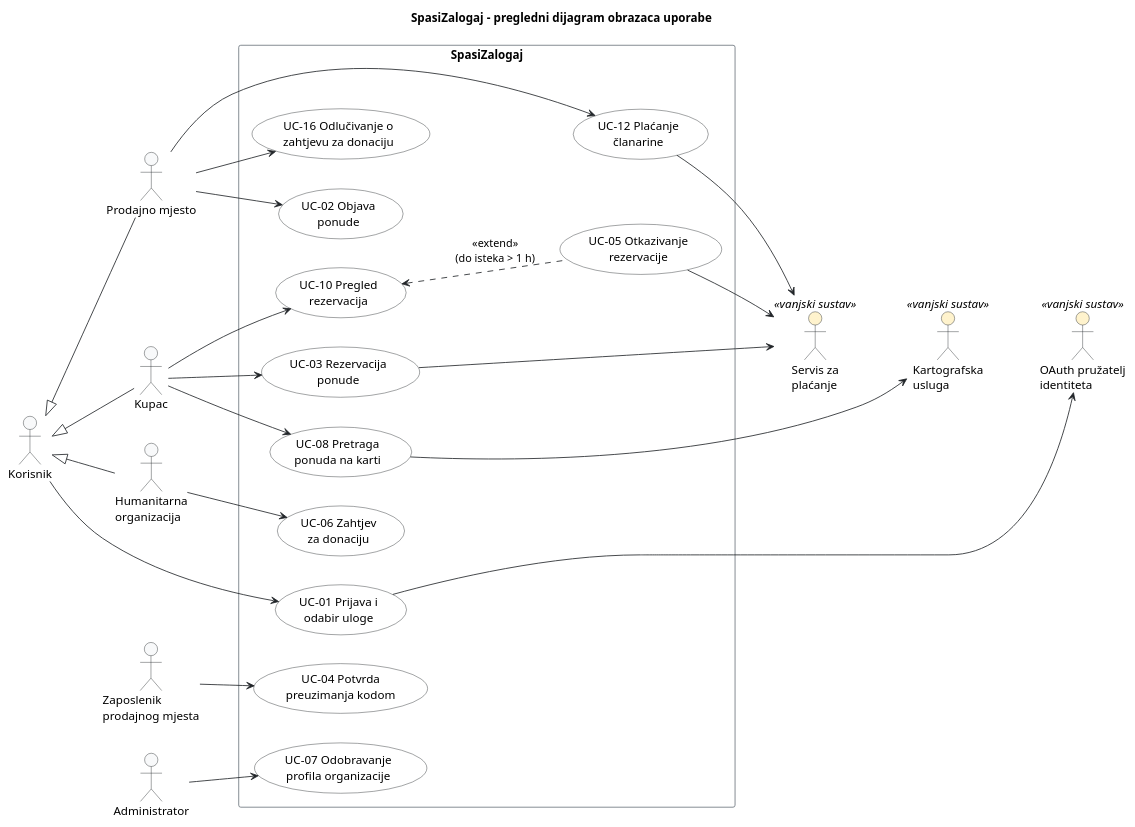
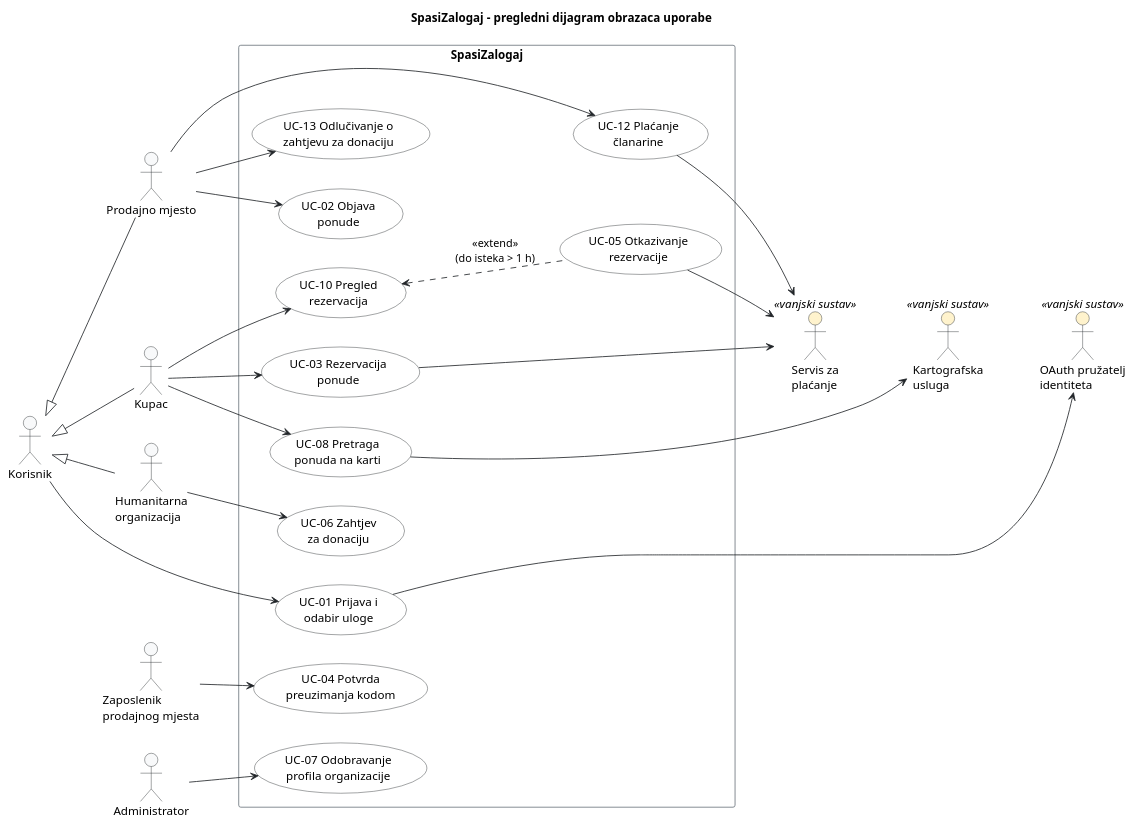
Before and after one commit to frenki1004/Menzory: the diagram in docs/puml/3-1-spasizalogaj-system-UC.puml, drawn with PlantUML. The commit also changed other lines of this file and 5 other files, not shown here.

```diff
--- a/docs/puml/3-1-spasizalogaj-system-UC.puml
+++ b/docs/puml/3-1-spasizalogaj-system-UC.puml
@@ -14,90 +14,90 @@
 @startuml
 title SpasiZalogaj – pregledni dijagram obrazaca uporabe
 left to right direction
 
 skinparam shadowing false
 skinparam defaultFontName Arial
 skinparam ArrowColor #212529
 
 skinparam actor {
     BackgroundColor #F8F9FA
     BorderColor #212529
     BackgroundColor<<vanjski sustav>> #FFF3CD
 }
 skinparam usecase {
     BackgroundColor #FFFFFF
     BorderColor #212529
 }
 skinparam rectangle {
     BorderColor #6C757D
 }
 
 actor "Korisnik" as Korisnik
 actor "Prodajno mjesto" as Prodavac
 actor "Kupac" as Kupac
 actor "Zaposlenik\nprodajnog mjesta" as Zaposlenik
 actor "Humanitarna\norganizacija" as Org
 actor "Administrator" as Admin
 
 Kupac -up-|> Korisnik
 Prodavac -up-|> Korisnik
 Org -up-|> Korisnik
 
 ' Prazni redovi u nazivu ostavljaju mjesta na vrhu okvira da veza
 ' prodajnog mjesta prema UC-12 ostane unutar pravokutnika.
 rectangle "SpasiZalogaj\n\n" {
     usecase "UC-01 Prijava i\nodabir uloge" as UC01
     usecase "UC-02 Objava\nponude" as UC02
     usecase "UC-12 Plaćanje\nčlanarine" as UC12
-    usecase "UC-16 Odlučivanje o\nzahtjevu za donaciju" as UC16
+    usecase "UC-13 Odlučivanje o\nzahtjevu za donaciju" as UC13
     usecase "UC-06 Zahtjev\nza donaciju" as UC06
     usecase "UC-08 Pretraga\nponuda na karti" as UC08
     usecase "UC-03 Rezervacija\nponude" as UC03
     usecase "UC-10 Pregled\nrezervacija" as UC10
     usecase "UC-05 Otkazivanje\nrezervacije" as UC05
     usecase "UC-04 Potvrda\npreuzimanja kodom" as UC04
     usecase "UC-07 Odobravanje\nprofila organizacije" as UC07
 }
 
 actor "Servis za\nplaćanje" as Placanje <<vanjski sustav>>
 actor "Kartografska\nusluga" as Karta <<vanjski sustav>>
 actor "OAuth pružatelj\nidentiteta" as OAuth <<vanjski sustav>>
 
 ' Prijava
 Korisnik --> UC01
 UC01 --> OAuth
 
 ' Prodajno mjesto
 Prodavac --> UC02
 Prodavac --> UC12
 UC12 --> Placanje
-Prodavac --> UC16
+Prodavac --> UC13
 
 ' Humanitarna organizacija
 Org --> UC06
 
 ' Kupac
 Kupac --> UC08
 UC08 --> Karta
 Kupac --> UC03
 UC03 --> Placanje
 Kupac --> UC10
 UC10 <.. UC05 : <<extend>>\n(do isteka > 1 h)
 UC05 --> Placanje
 Zaposlenik --> UC04
 
 ' Administrator
 Admin --> UC07
 
 ' Poravnanje (skrivene veze samo određuju raspored, nisu dio modela):
 ' plaćanje članarine uz servis za plaćanje, vanjski akteri desno od
 ' sustava, administrator na dnu.
-UC16 -[hidden]-> UC12
+UC13 -[hidden]-> UC12
 UC05 -[hidden]-> Karta
 UC05 -[hidden]-> OAuth
 UC10 -[hidden]-> Placanje
 Placanje -[hidden]down- Karta
 Karta -[hidden]down- OAuth
 Zaposlenik -[hidden]right- Admin
 
 @enduml
```
